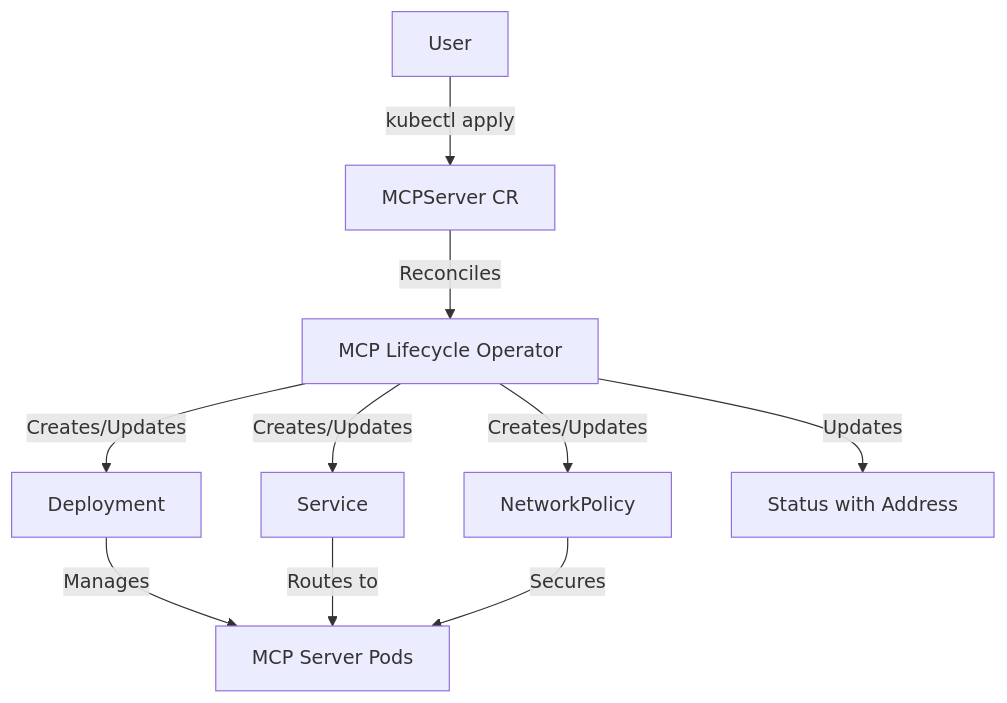
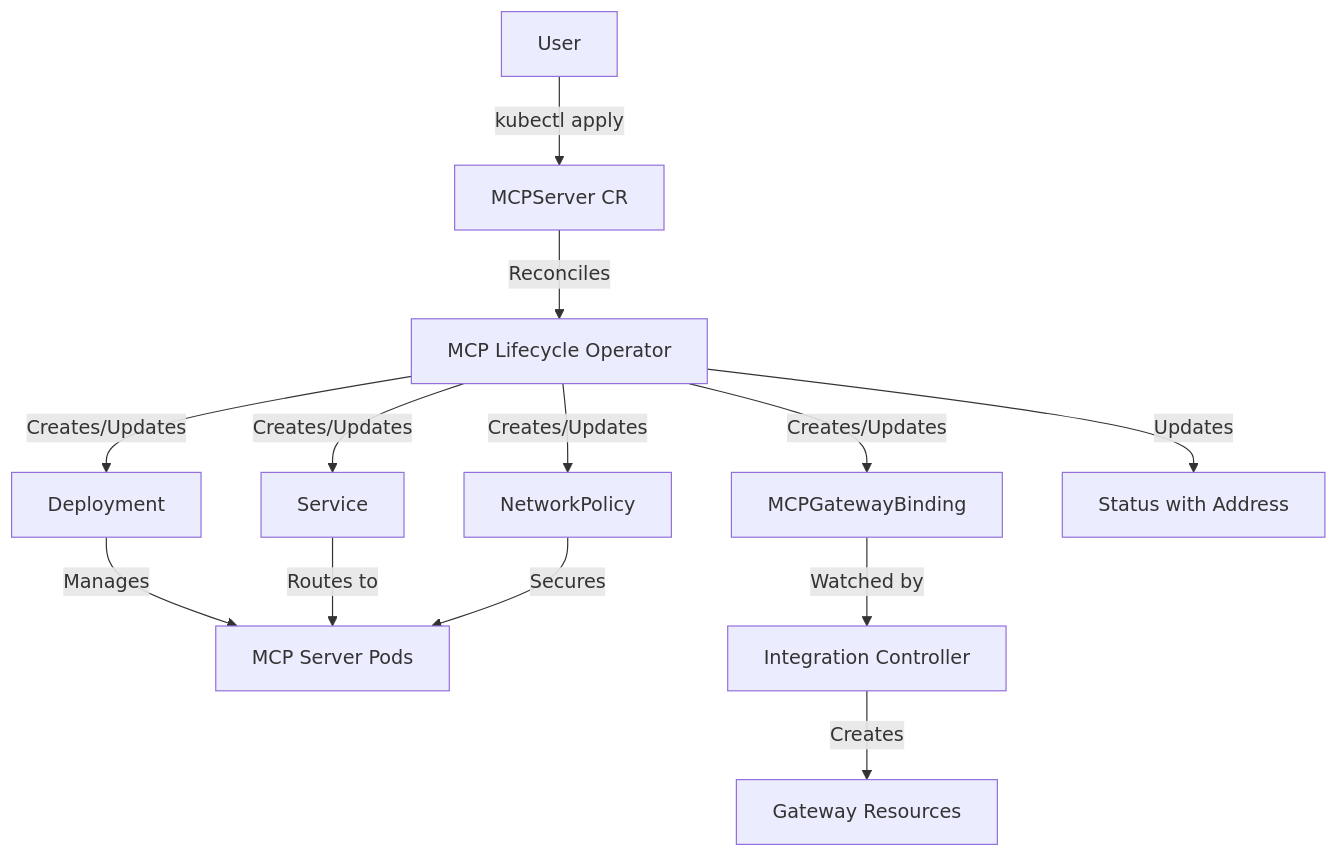
Before and after one commit to kubernetes-sigs/mcp-lifecycle-operator: the diagram in site-src/introduction.md, drawn with Mermaid. The commit also changed other lines of this file and 6 other files, not shown here.

Commit message:
docs: add gateway integration guide and example

````diff
--- a/site-src/introduction.md
+++ b/site-src/introduction.md
@@ -150,12 +150,15 @@
 ```mermaid
 graph TB
     User[User] -->|kubectl apply| MCPServer[MCPServer CR]
     MCPServer -->|Reconciles| Operator[MCP Lifecycle Operator]
     Operator -->|Creates/Updates| Deployment[Deployment]
     Operator -->|Creates/Updates| Service[Service]
     Operator -->|Creates/Updates| NetworkPolicy[NetworkPolicy]
+    Operator -->|Creates/Updates| Binding[MCPGatewayBinding]
     Deployment -->|Manages| Pods[MCP Server Pods]
     Service -->|Routes to| Pods
     NetworkPolicy -->|Secures| Pods
+    Binding -->|Watched by| Provider[Integration Controller]
+    Provider -->|Creates| GWResources[Gateway Resources]
     Operator -->|Updates| Status[Status with Address]
 ```
````
